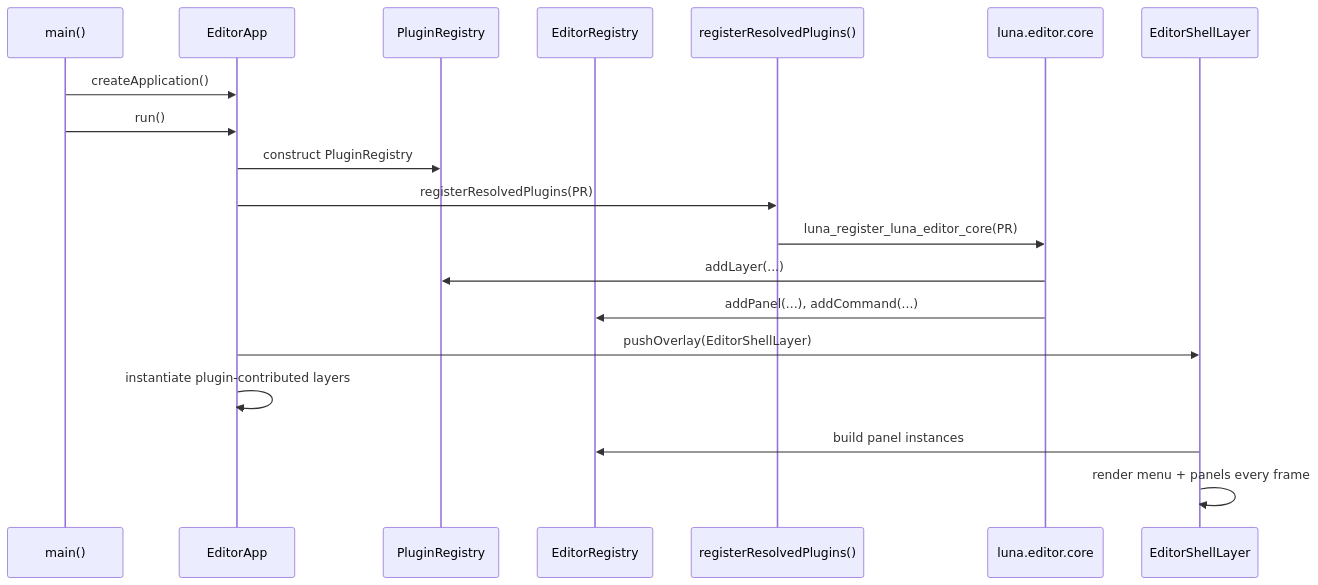
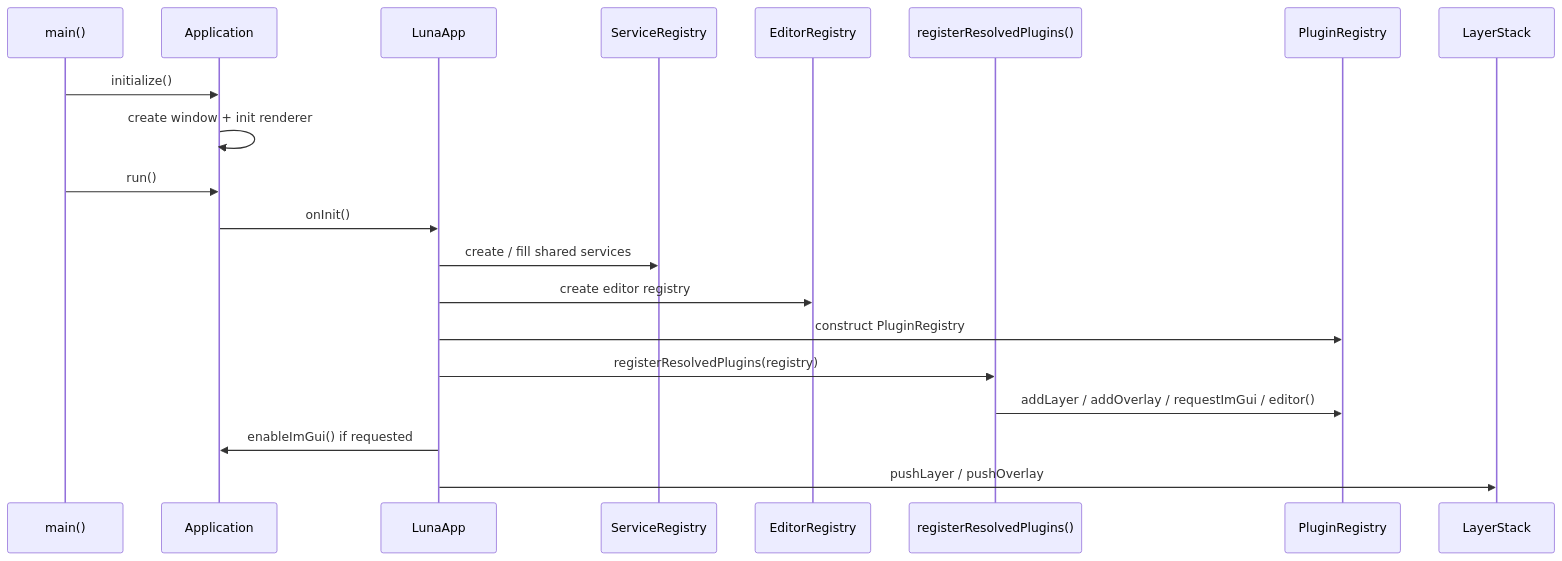
The second of 3 diagrams in docs/plugins/plugin-system-manual.md (Yang-Junjie/Luna), drawn with Mermaid before and after one commit. The commit also changed other lines of this file and 49 other files, not shown here.

````diff
--- a/docs/plugins/plugin-system-manual.md
+++ b/docs/plugins/plugin-system-manual.md
@@ -395,22 +125,23 @@
 ```mermaid
 sequenceDiagram
     participant Main as main()
-    participant App as EditorApp
-    participant PR as PluginRegistry
-    participant ER as EditorRegistry
-    participant GP as registerResolvedPlugins()
-    participant P as luna.editor.core
-    participant Shell as EditorShellLayer
+    participant Base as Application
+    participant Host as LunaApp
+    participant Services as ServiceRegistry
+    participant Editor as EditorRegistry
+    participant Plugins as registerResolvedPlugins()
+    participant Registry as PluginRegistry
+    participant Layers as LayerStack
 
-    Main->>App: createApplication()
-    Main->>App: run()
-    App->>PR: construct PluginRegistry
-    App->>GP: registerResolvedPlugins(PR)
-    GP->>P: luna_register_luna_editor_core(PR)
-    P->>PR: addLayer(...)
-    P->>ER: addPanel(...), addCommand(...)
-    App->>Shell: pushOverlay(EditorShellLayer)
-    App->>App: instantiate plugin-contributed layers
-    Shell->>ER: build panel instances
-    Shell->>Shell: render menu + panels every frame
+    Main->>Base: initialize()
+    Base->>Base: create window + init renderer
+    Main->>Base: run()
+    Base->>Host: onInit()
+    Host->>Services: create / fill shared services
+    Host->>Editor: create editor registry
+    Host->>Registry: construct PluginRegistry
+    Host->>Plugins: registerResolvedPlugins(registry)
+    Plugins->>Registry: addLayer / addOverlay / requestImGui / editor()
+    Host->>Base: enableImGui() if requested
+    Host->>Layers: pushLayer / pushOverlay
 ```
````
